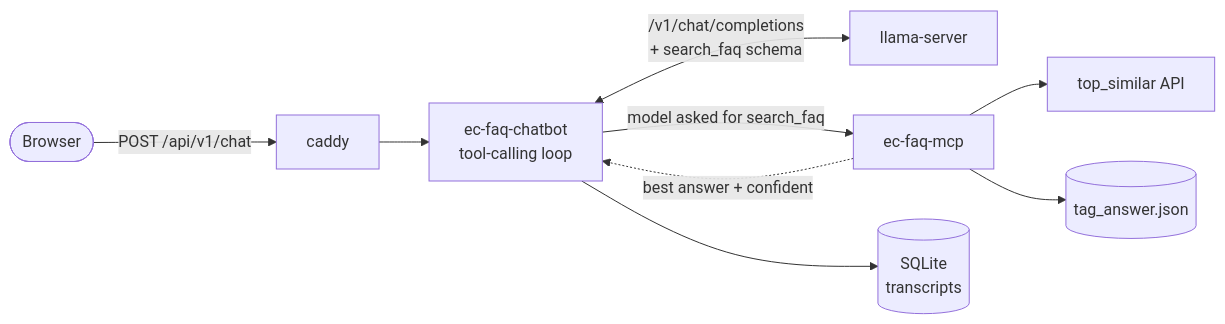
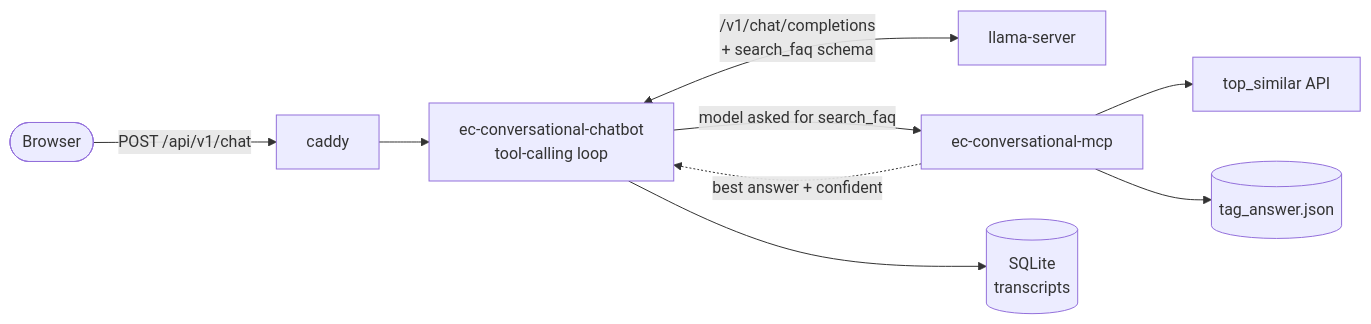
Before and after one commit to sayed-shaun/ec-conversational-chatbot: the diagram in README.md, drawn with Mermaid. The commit also changed other lines of this file and 7 other files, not shown here.

````diff
--- a/README.md
+++ b/README.md
@@ -57,11 +57,11 @@
 ```mermaid
 flowchart LR
     B([Browser]) -->|"POST /api/v1/chat"| CADDY["caddy"]
-    CADDY --> BOT["ec-faq-chatbot<br/>tool-calling loop"]
+    CADDY --> BOT["ec-conversational-chatbot<br/>tool-calling loop"]
     BOT <-->|"/v1/chat/completions<br/>+ search_faq schema"| LLM["llama-server"]
-    BOT -->|"model asked for search_faq"| MCP["ec-faq-mcp"]
+    BOT -->|"model asked for search_faq"| MCP["ec-conversational-mcp"]
     MCP --> SIM["top_similar API"]
     MCP --> TAG[("tag_answer.json")]
     MCP -.->|"best answer + confident"| BOT
     BOT --> DB[("SQLite<br/>transcripts")]
 ```
````
